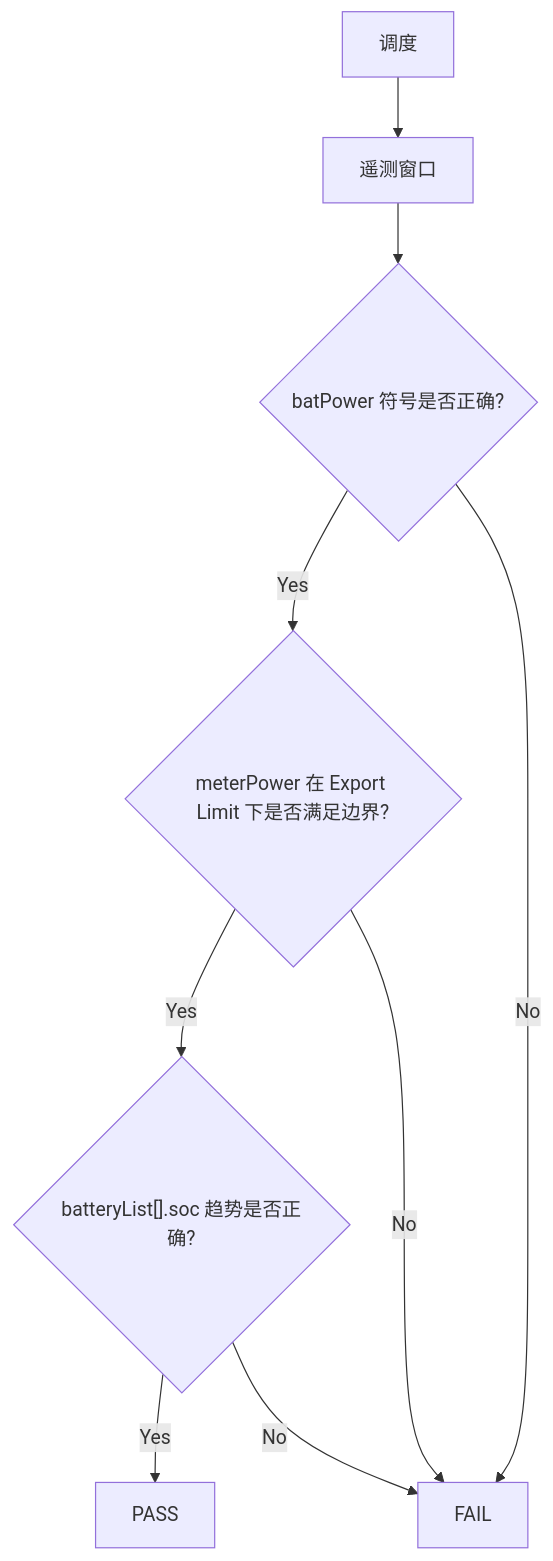
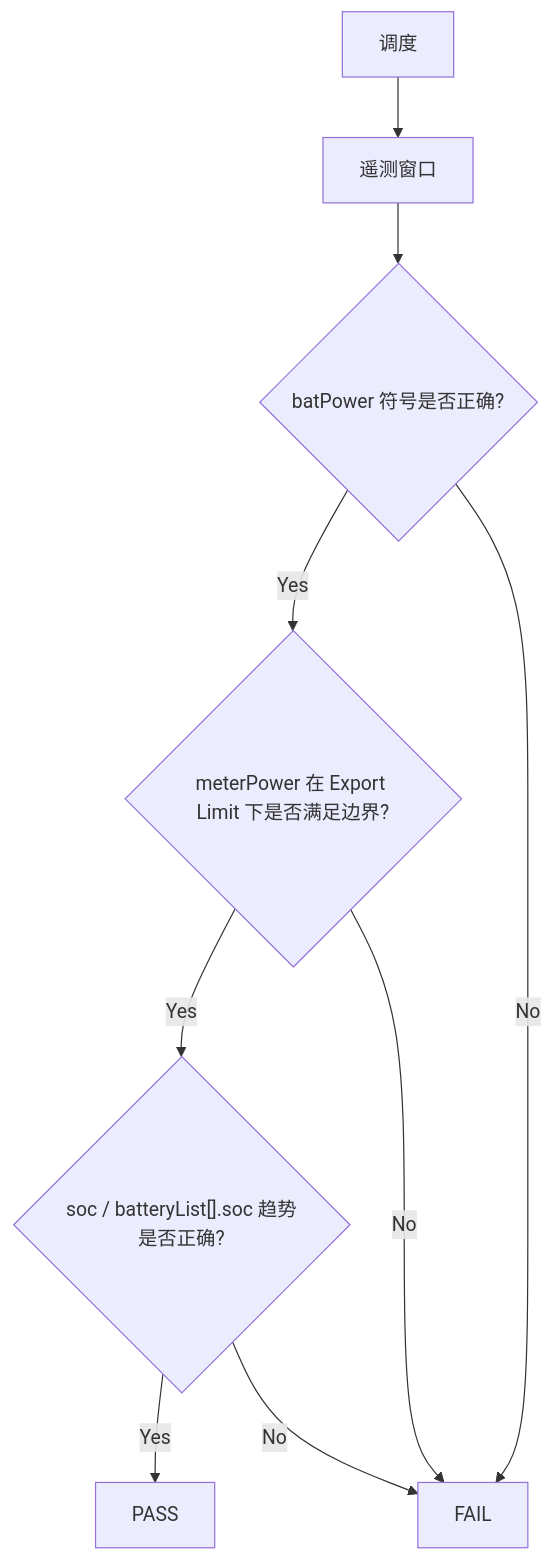
One commit to EugeneJian/growatt-unified-api changed the eighth of 8 diagrams in Growatt API/OPENAPI.zh-CN/13_ess_semantic_model.md. Above: the diagram before and after it, drawn with Mermaid. The commit also changed other lines of this file and 26 other files, not shown here.

````diff
--- a/Growatt API/OPENAPI.zh-CN/13_ess_semantic_model.md
+++ b/Growatt API/OPENAPI.zh-CN/13_ess_semantic_model.md
@@ -667,20 +677,20 @@
 ```mermaid
 flowchart TD
 
     Start["调度"]
     Telemetry["遥测窗口"]
     Check1{"batPower 符号是否正确?"}
     Check2{"meterPower 在 Export Limit 下是否满足边界?"}
-    Check3{"batteryList[].soc 趋势是否正确?"}
+    Check3{"soc / batteryList[].soc 趋势是否正确?"}
     Pass["PASS"]
     Fail["FAIL"]
 
     Start --> Telemetry
     Telemetry --> Check1
     Check1 -->|Yes| Check2
     Check1 -->|No| Fail
     Check2 -->|Yes| Check3
     Check2 -->|No| Fail
     Check3 -->|Yes| Pass
     Check3 -->|No| Fail
 ```
````
